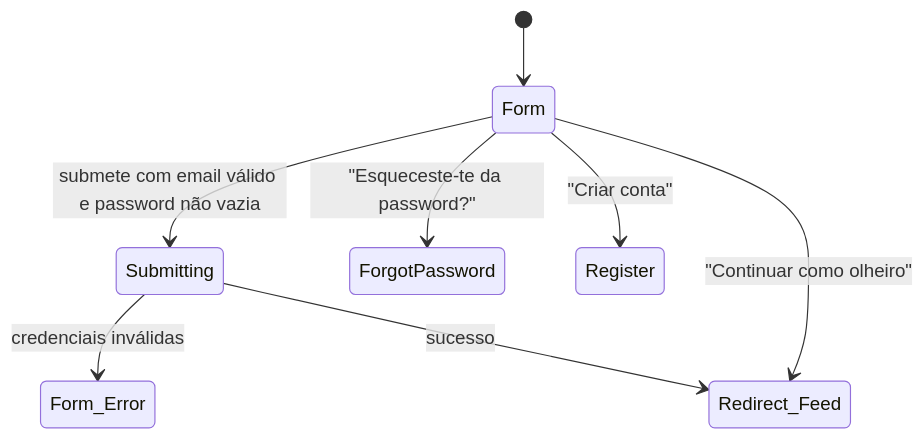
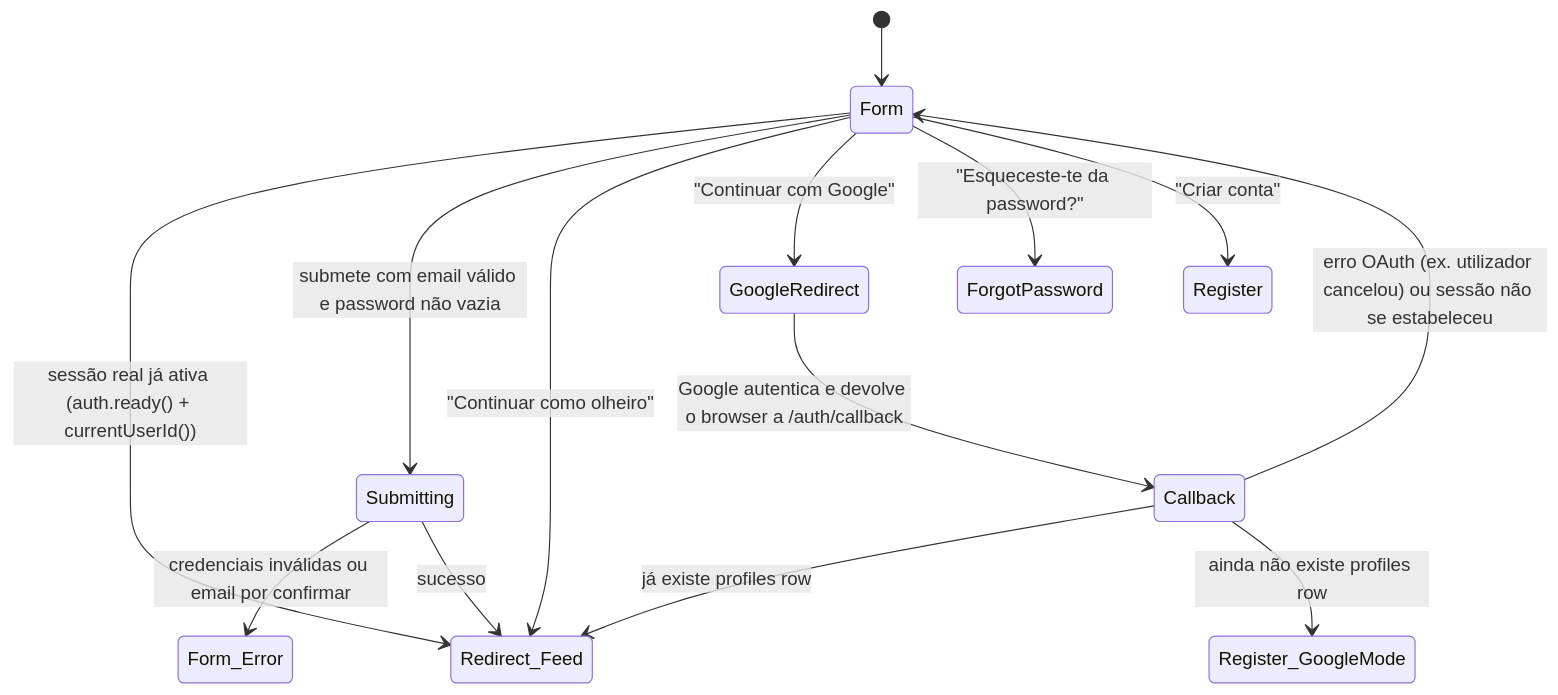
The diagram in docs/flows/login.md (dmsm2000/rally), drawn with Mermaid before and after one commit. The commit also changed other lines of this file and 19 other files, not shown here.

````diff
--- a/docs/flows/login.md
+++ b/docs/flows/login.md
@@ -10,10 +14,16 @@
 ```mermaid
 stateDiagram-v2
   [*] --> Form
+  Form --> Redirect_Feed: sessão real já ativa (auth.ready() + currentUserId())
   Form --> Submitting: submete com email válido e password não vazia
-  Submitting --> Form_Error: credenciais inválidas
+  Submitting --> Form_Error: credenciais inválidas ou email por confirmar
   Submitting --> Redirect_Feed: sucesso
   Form --> Redirect_Feed: "Continuar como olheiro"
+  Form --> GoogleRedirect: "Continuar com Google"
+  GoogleRedirect --> Callback: Google autentica e devolve o browser a /auth/callback
+  Callback --> Redirect_Feed: já existe profiles row
+  Callback --> Register_GoogleMode: ainda não existe profiles row
+  Callback --> Form: erro OAuth (ex. utilizador cancelou) ou sessão não se estabeleceu
   Form --> ForgotPassword: "Esqueceste-te da password?"
   Form --> Register: "Criar conta"
 ```
````
